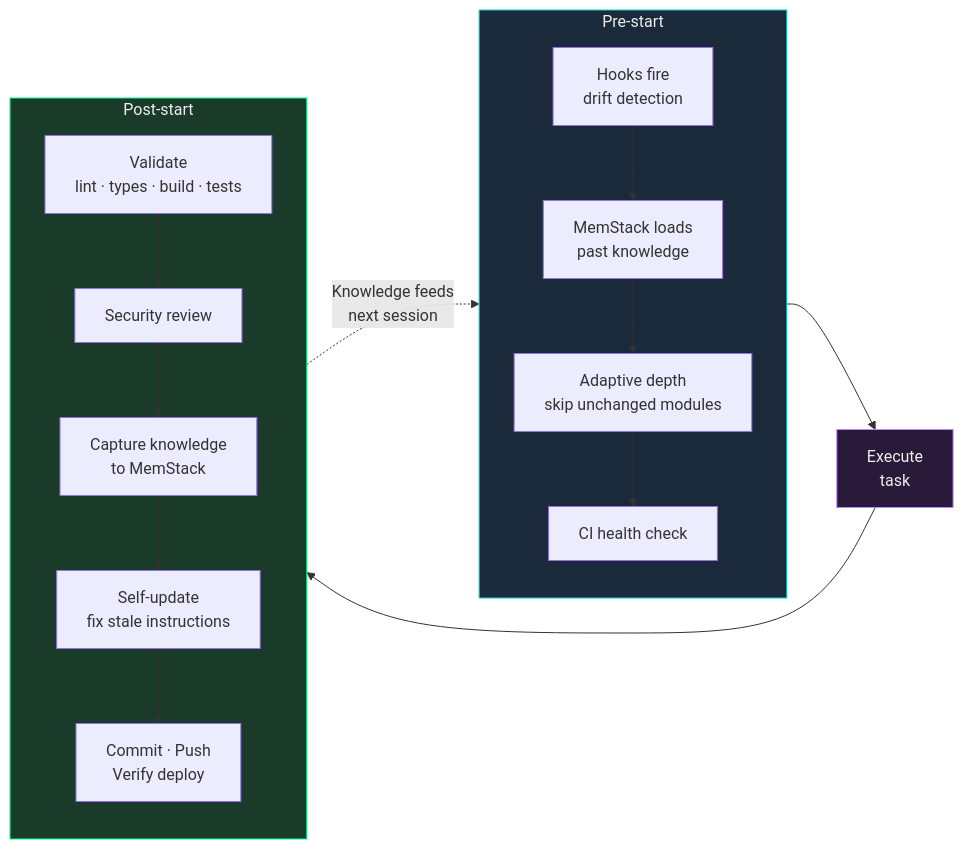
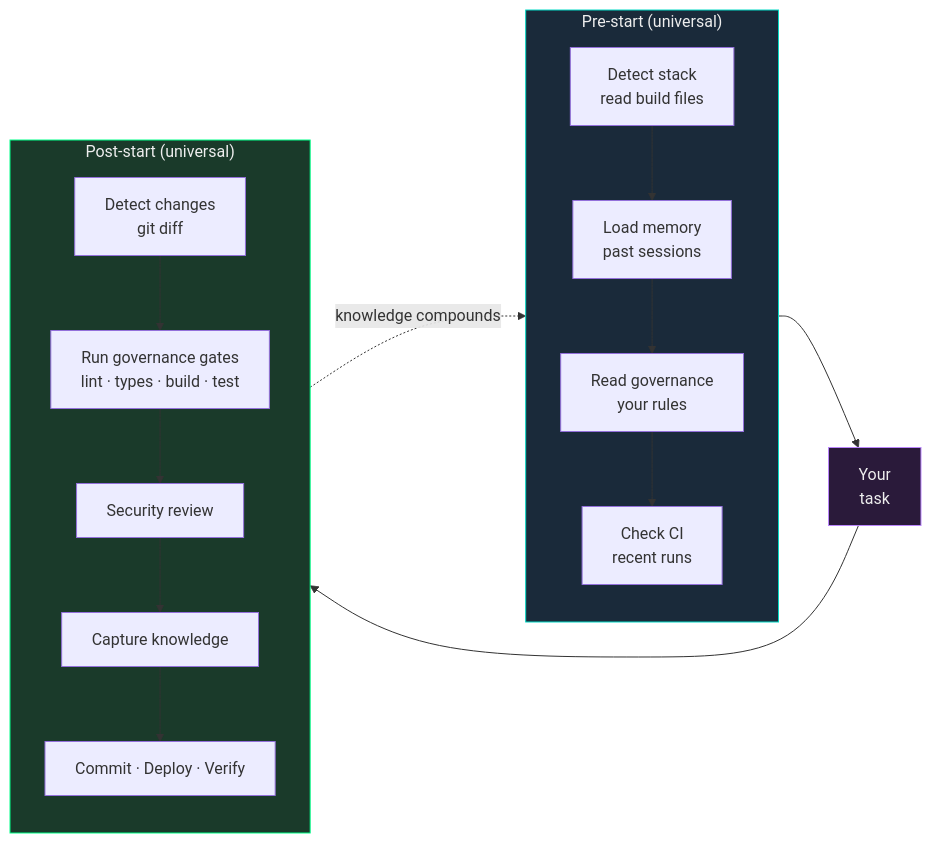
Before and after one commit to WhitehatD/crag: the third of 4 diagrams in README.md, drawn with Mermaid. The commit also changed other lines of this file and 4 other files, not shown here.

First line of the commit message:
feat: universal skills architecture — governance.md is the only custom file

````diff
--- a/README.md
+++ b/README.md
@@ -77,30 +81,30 @@
 ```mermaid
 flowchart LR
-    subgraph PRE["Pre-start"]
+    subgraph PRE["Pre-start (universal)"]
         direction TB
-        P1["Hooks fire\ndrift detection"]
-        P2["MemStack loads\npast knowledge"]
-        P3["Adaptive depth\nskip unchanged modules"]
-        P4["CI health check"]
+        P1["Detect stack\nread build files"]
+        P2["Load memory\npast sessions"]
+        P3["Read governance\nyour rules"]
+        P4["Check CI\nrecent runs"]
         P1 --> P2 --> P3 --> P4
     end
 
-    TASK["Execute\ntask"]
+    TASK["Your\ntask"]
 
-    subgraph POST["Post-start"]
+    subgraph POST["Post-start (universal)"]
         direction TB
-        V1["Validate\nlint · types · build · tests"]
-        V2["Security review"]
-        V3["Capture knowledge\nto MemStack"]
-        V4["Self-update\nfix stale instructions"]
-        V5["Commit · Push\nVerify deploy"]
+        V1["Detect changes\ngit diff"]
+        V2["Run governance gates\nlint · types · build · test"]
+        V3["Security review"]
+        V4["Capture knowledge"]
+        V5["Commit · Deploy · Verify"]
         V1 --> V2 --> V3 --> V4 --> V5
     end
 
     PRE --> TASK --> POST
-    POST -.->|"Knowledge feeds\nnext session"| PRE
+    POST -.->|"knowledge compounds"| PRE
 
     style PRE fill:#1a2a3a,stroke:#03dac6,color:#eee
     style TASK fill:#2a1a3a,stroke:#bb86fc,color:#eee
     style POST fill:#1a3a2a,stroke:#00ff88,color:#eee
 ```
````
